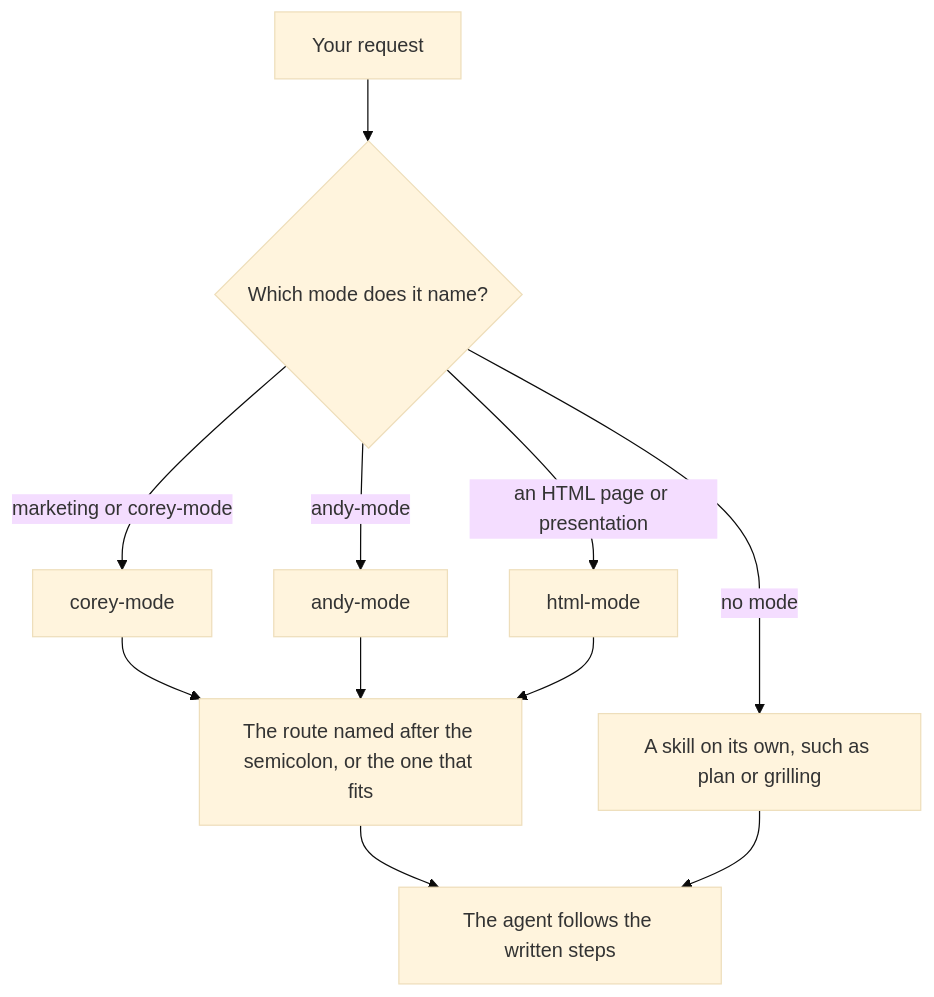
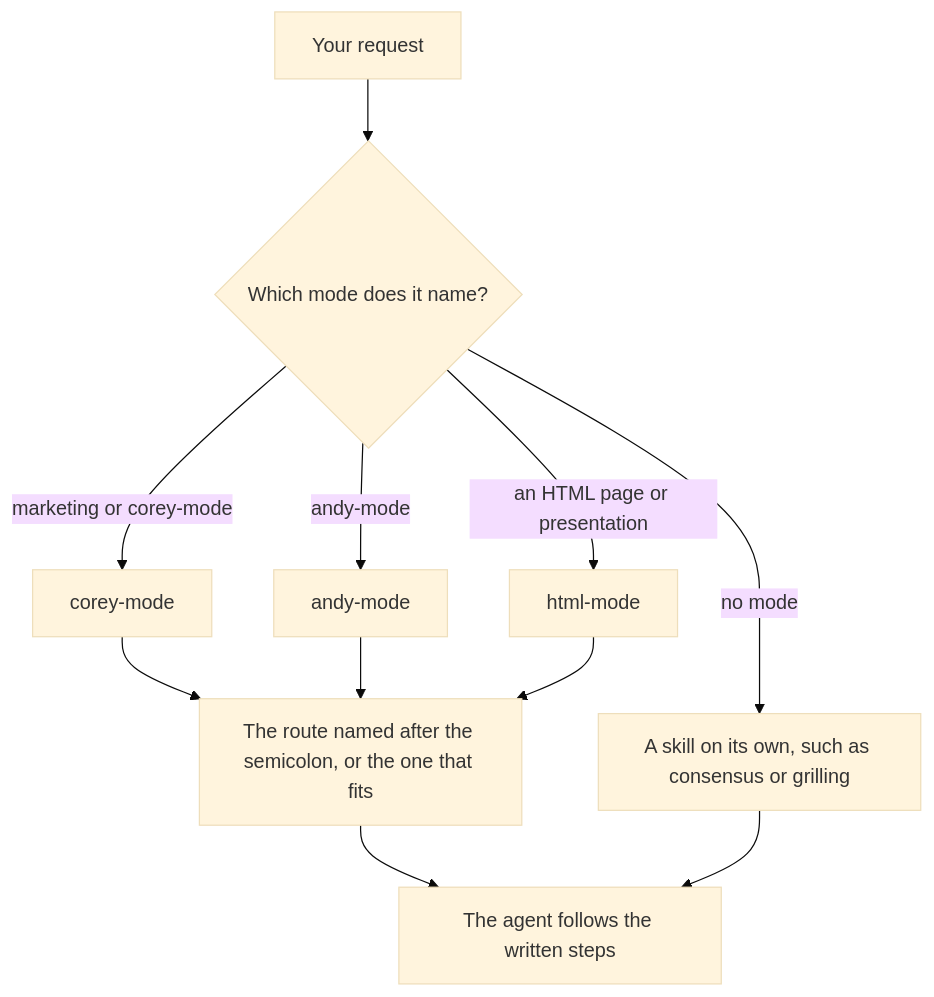
The diagram in docs/guide/02-modes.md (pascalandy/skills), drawn with Mermaid (base theme) before and after one commit. The commit also changed other lines of this file and 18 other files, not shown here.

First line of the commit message:
🧰 skill: consensus: replace plan, and teach it in the guides (#571)

````diff
--- a/docs/guide/02-modes.md
+++ b/docs/guide/02-modes.md
@@ -17,13 +17,13 @@
 ```mermaid
 flowchart TD
     A[Your request] --> B{Which mode does it name?}
     B -->|marketing or corey-mode| C[corey-mode]
     B -->|andy-mode| D[andy-mode]
     B -->|an HTML page or presentation| E[html-mode]
-    B -->|no mode| F[A skill on its own, such as plan or grilling]
+    B -->|no mode| F[A skill on its own, such as consensus or grilling]
     C --> G[The route named after the semicolon, or the one that fits]
     D --> G
     E --> G
     G --> H[The agent follows the written steps]
     F --> H
 ```
````
